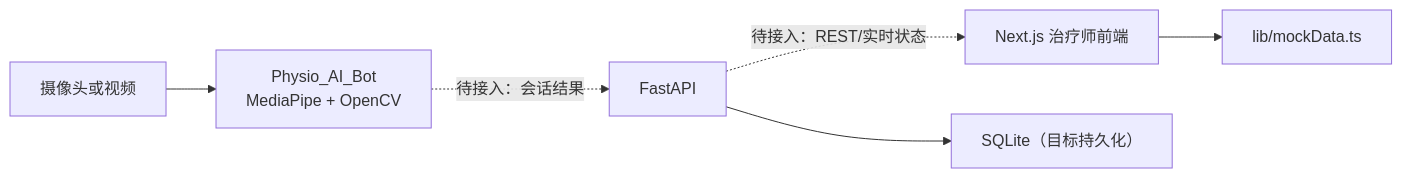
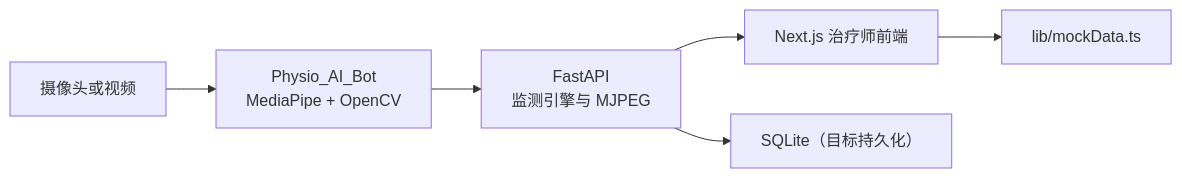
The first of 3 diagrams in docs/ARCHITECTURE.md (Wang-Tongfei/PhysioVision), drawn with Mermaid before and after one commit. The commit also changed other lines of this file and 16 other files, not shown here.

````diff
--- a/docs/ARCHITECTURE.md
+++ b/docs/ARCHITECTURE.md
@@ -9,8 +9,8 @@
 ```mermaid
 flowchart LR
     Camera["摄像头或视频"] --> Bot["Physio_AI_Bot<br/>MediaPipe + OpenCV"]
-    Bot -. "待接入：会话结果" .-> API["FastAPI"]
-    API -. "待接入：REST/实时状态" .-> UI["Next.js 治疗师前端"]
+    Bot --> API["FastAPI<br/>监测引擎与 MJPEG"]
+    API --> UI["Next.js 治疗师前端"]
     UI --> Mock["lib/mockData.ts"]
     API --> SQLite["SQLite（目标持久化）"]
 ```
````
